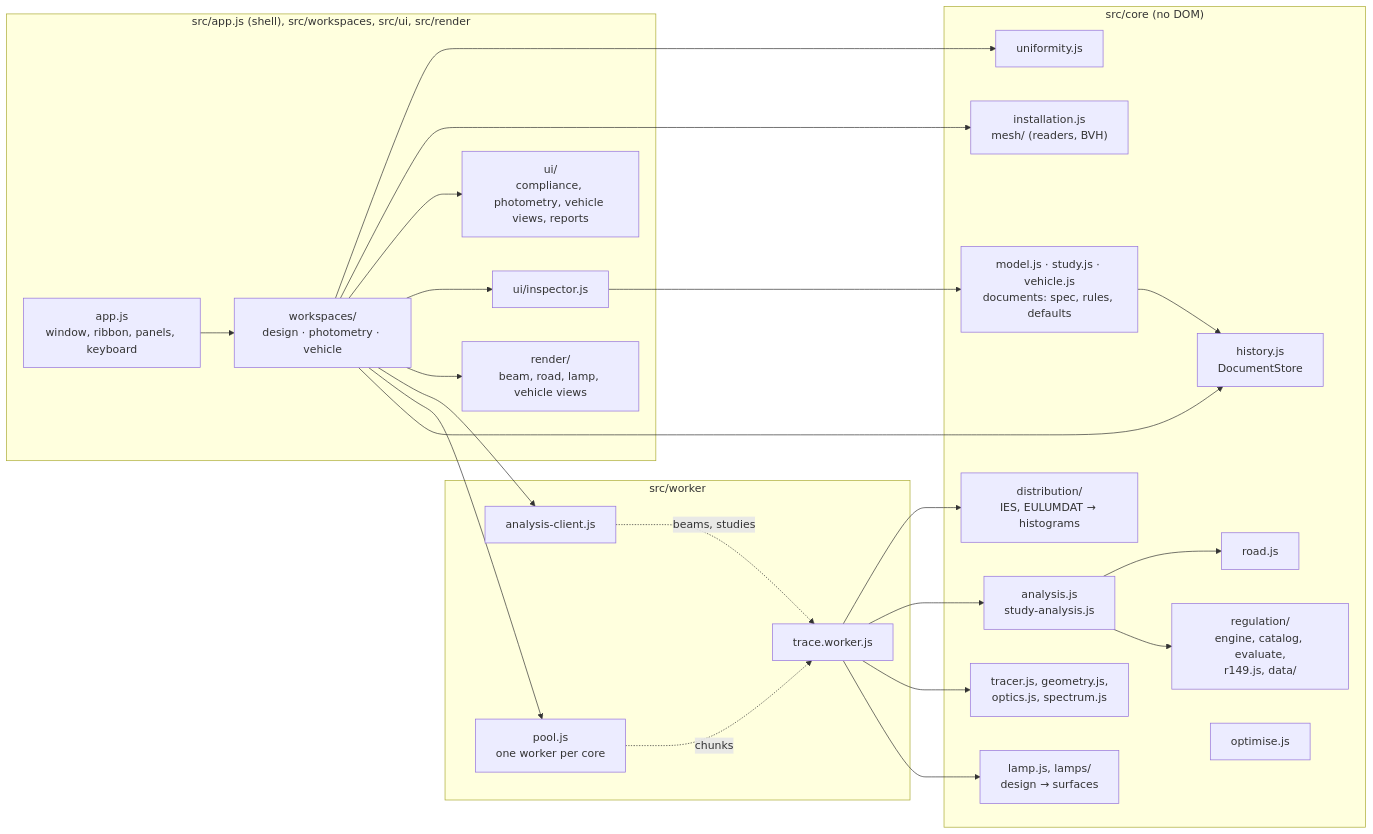
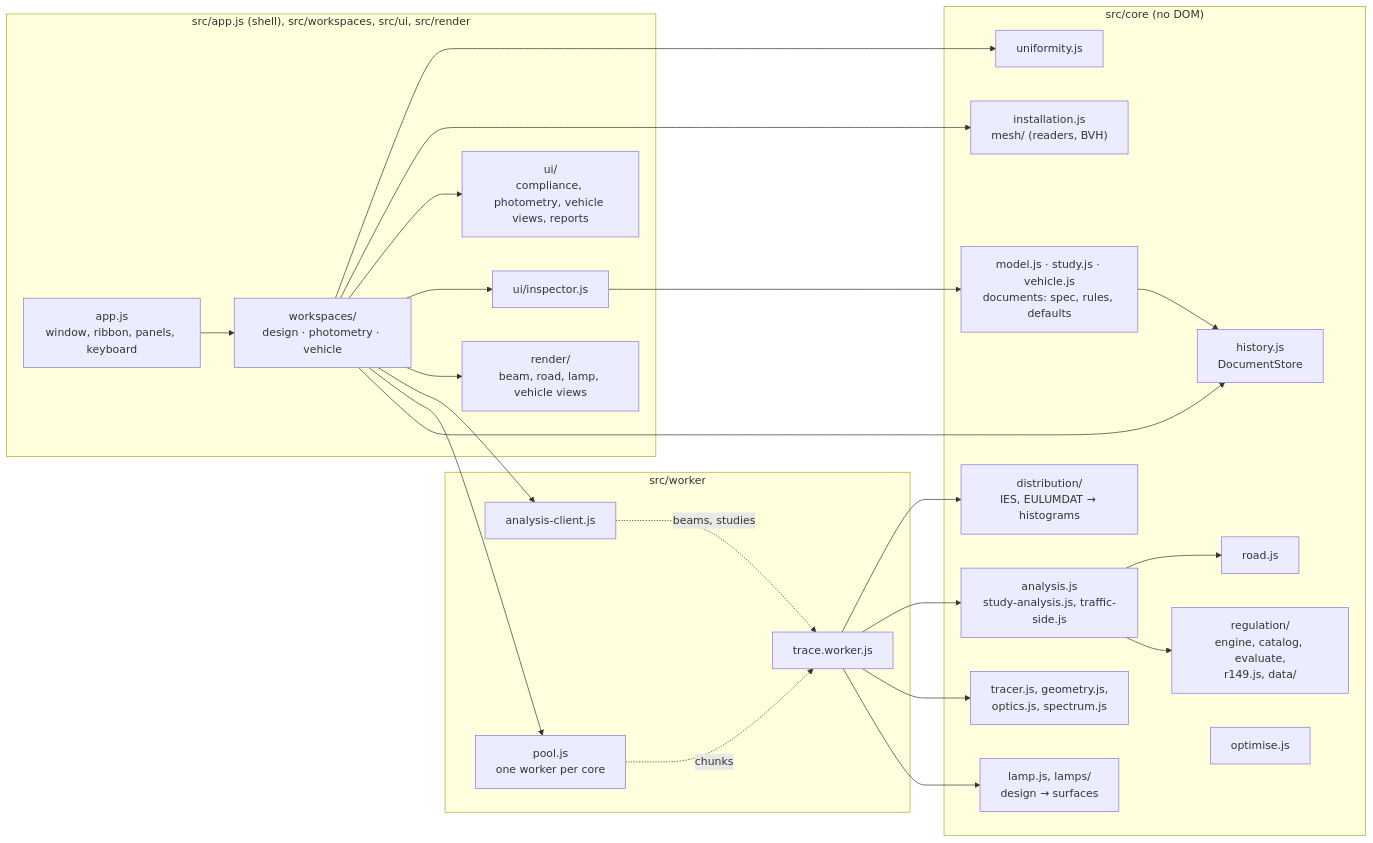
One commit to swiftugandan/cutline changed the diagram in docs/ARCHITECTURE.md. Above: the diagram before and after it, drawn with Mermaid. The commit also changed 24 other files, not shown here.

````diff
--- a/docs/ARCHITECTURE.md
+++ b/docs/ARCHITECTURE.md
@@ -9,28 +9,28 @@
 ```mermaid
 flowchart LR
   subgraph core["src/core (no DOM)"]
     model["model.js · study.js · vehicle.js<br/>documents: spec, rules, defaults"] --> history["history.js<br/>DocumentStore"]
     lamp["lamp.js, lamps/<br/>design → surfaces"]
     tracer["tracer.js, geometry.js,<br/>optics.js, spectrum.js"]
     dist["distribution/<br/>IES, EULUMDAT → histograms"]
-    analysis["analysis.js<br/>study-analysis.js"] --> regulation["regulation/<br/>engine, catalog, evaluate,<br/>r149.js, data/"]
+    analysis["analysis.js<br/>study-analysis.js, traffic-side.js"] --> regulation["regulation/<br/>engine, catalog, evaluate,<br/>r149.js, data/"]
     analysis --> road["road.js"]
     install["installation.js<br/>mesh/ (readers, BVH)"]
     uniformity["uniformity.js"]
     optimise["optimise.js"]
   end
   subgraph workers["src/worker"]
     pool["pool.js<br/>one worker per core"] -. chunks .-> worker["trace.worker.js"]
     client["analysis-client.js"] -. beams, studies .-> worker
     worker --> lamp & tracer & analysis & dist
   end
   subgraph page["src/app.js (shell), src/workspaces, src/ui, src/render"]
     app["app.js<br/>window, ribbon, panels, keyboard"] --> ws["workspaces/<br/>design · photometry · vehicle"]
     ws --> history
     ws --> pool & client
     ws --> views["render/<br/>beam, road, lamp, vehicle views"]
     ws --> inspector["ui/inspector.js"] --> model
     ws --> dock["ui/<br/>compliance, photometry, vehicle views, reports"]
     ws --> install & uniformity
   end
 ```
````
